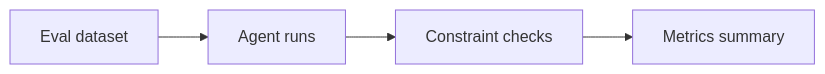
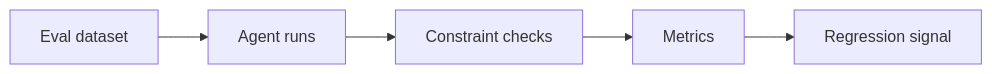
The diagram in docs/stages/stage-05-validation.md (aldoapicella/utp-schedule-agent-lab), drawn with Mermaid before and after one commit. The commit also changed other lines of this file and 109 other files, not shown here.

````diff
--- a/docs/stages/stage-05-validation.md
+++ b/docs/stages/stage-05-validation.md
@@ -32,6 +33,7 @@
 ```mermaid
 flowchart LR
   A["Eval dataset"] --> B["Agent runs"]
   B --> C["Constraint checks"]
-  C --> D["Metrics summary"]
+  C --> D["Metrics"]
+  D --> E["Regression signal"]
 ```
````
